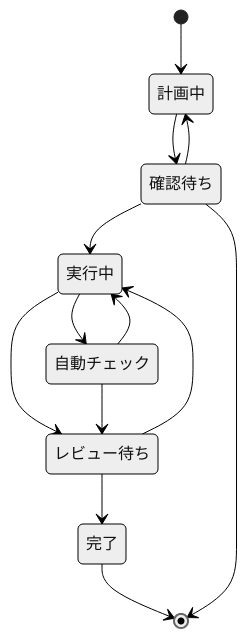
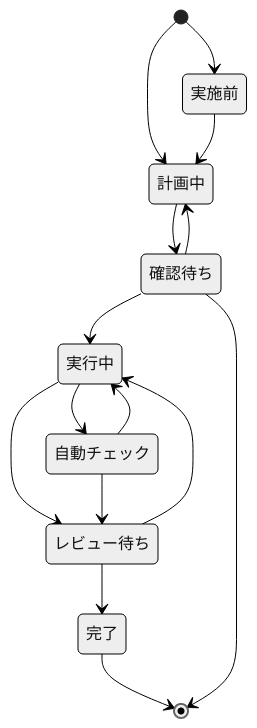
One commit to jinopapo/nami changed the diagram in docs/modeling/task.md. Above: the diagram before and after it, drawn with Mermaid (neutral theme). The commit also changed other lines of this file and 27 other files, not shown here.

````diff
--- a/docs/modeling/task.md
+++ b/docs/modeling/task.md
@@ -9,15 +9,17 @@
 ```mermaid
 stateDiagram-v2
+    [*] --> 実施前
     [*] --> 計画中
+    実施前 --> 計画中
     計画中 --> 確認待ち
     確認待ち --> 計画中
     確認待ち --> 実行中
     実行中 --> レビュー待ち
     実行中 --> 自動チェック
     自動チェック --> レビュー待ち
     自動チェック --> 実行中
     レビュー待ち --> 完了
     レビュー待ち --> 実行中
     完了 --> [*]
     確認待ち --> [*]
 ```
````
